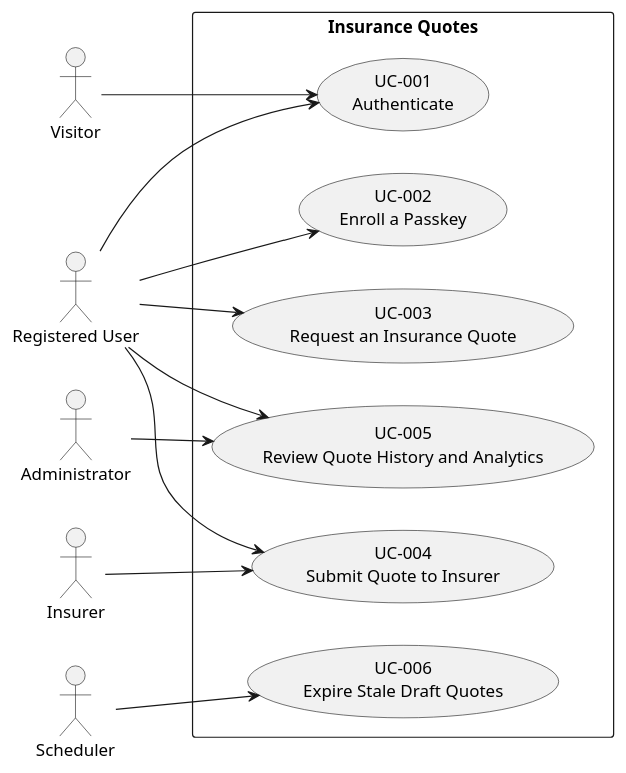
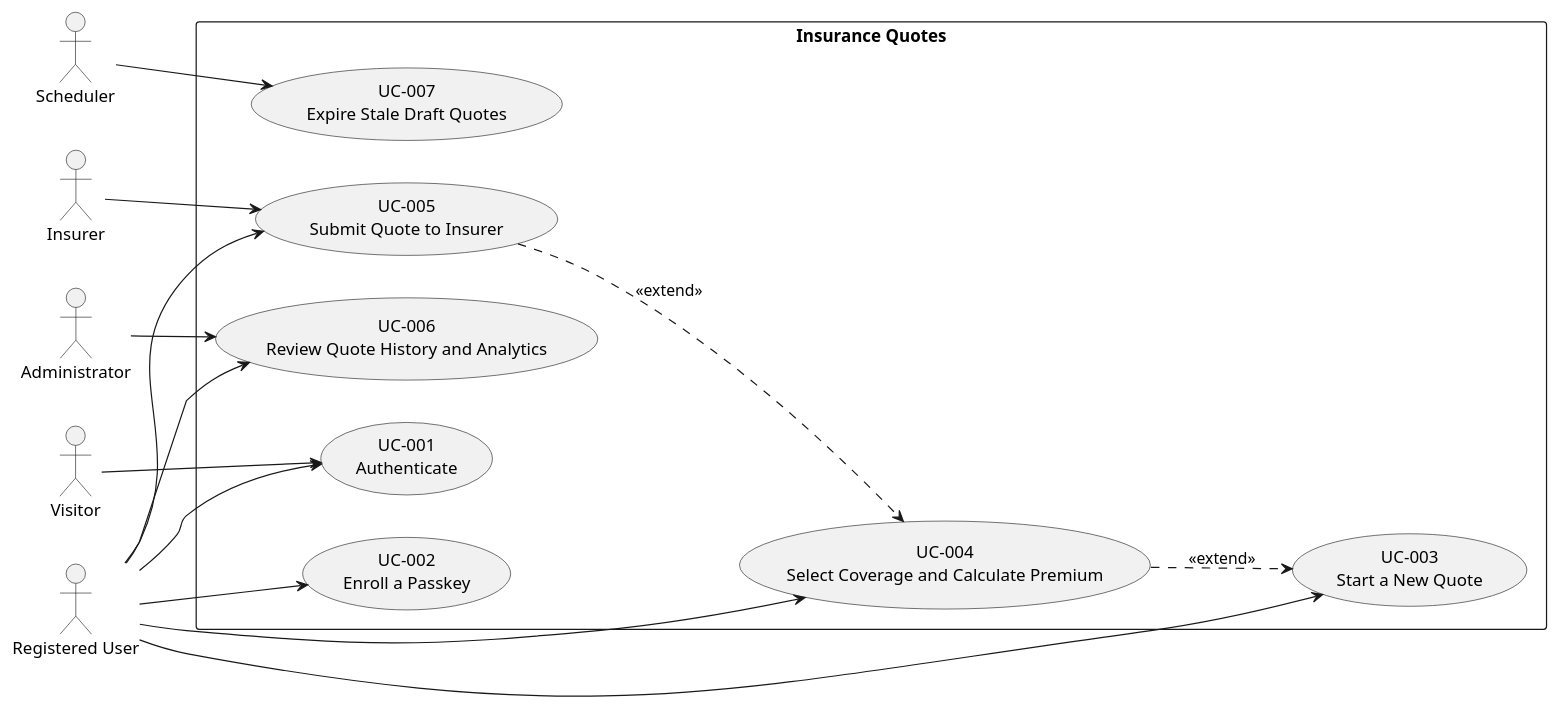
One commit to migangdelzar/insurance-quotes-service changed the diagram in docs/use_cases.puml. Above: the diagram before and after it, drawn with PlantUML. The commit also changed 8 other files, not shown here.

```diff
--- a/docs/use_cases.puml
+++ b/docs/use_cases.puml
@@ -1,29 +1,33 @@
 @startuml Use Cases Overview
 left to right direction
 
 actor "Visitor" as visitor
 actor "Registered User" as user
 actor "Administrator" as admin
 actor "Scheduler" as scheduler
 actor "Insurer" as insurer
 
 rectangle "Insurance Quotes" {
     usecase "UC-001\nAuthenticate" as UC001
     usecase "UC-002\nEnroll a Passkey" as UC002
-    usecase "UC-003\nRequest an Insurance Quote" as UC003
-    usecase "UC-004\nSubmit Quote to Insurer" as UC004
-    usecase "UC-005\nReview Quote History and Analytics" as UC005
-    usecase "UC-006\nExpire Stale Draft Quotes" as UC006
+    usecase "UC-003\nStart a New Quote" as UC003
+    usecase "UC-004\nSelect Coverage and Calculate Premium" as UC004
+    usecase "UC-005\nSubmit Quote to Insurer" as UC005
+    usecase "UC-006\nReview Quote History and Analytics" as UC006
+    usecase "UC-007\nExpire Stale Draft Quotes" as UC007
 }
 
 visitor --> UC001
 user --> UC001
 user --> UC002
 user --> UC003
 user --> UC004
 user --> UC005
-admin --> UC005
-scheduler --> UC006
-insurer --> UC004
+user --> UC006
+admin --> UC006
+scheduler --> UC007
+insurer --> UC005
+UC004 ..> UC003 : <<extend>>
+UC005 ..> UC004 : <<extend>>
 
 @enduml
```
